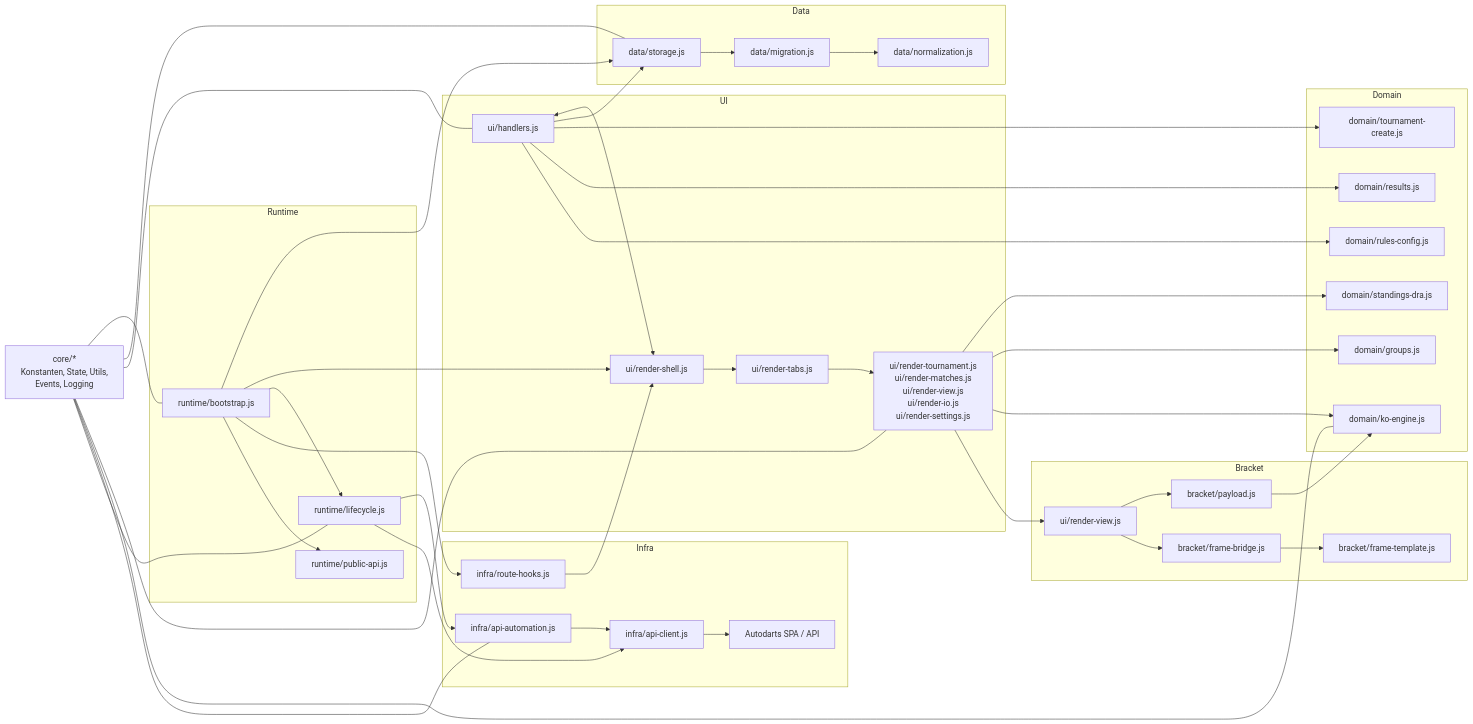
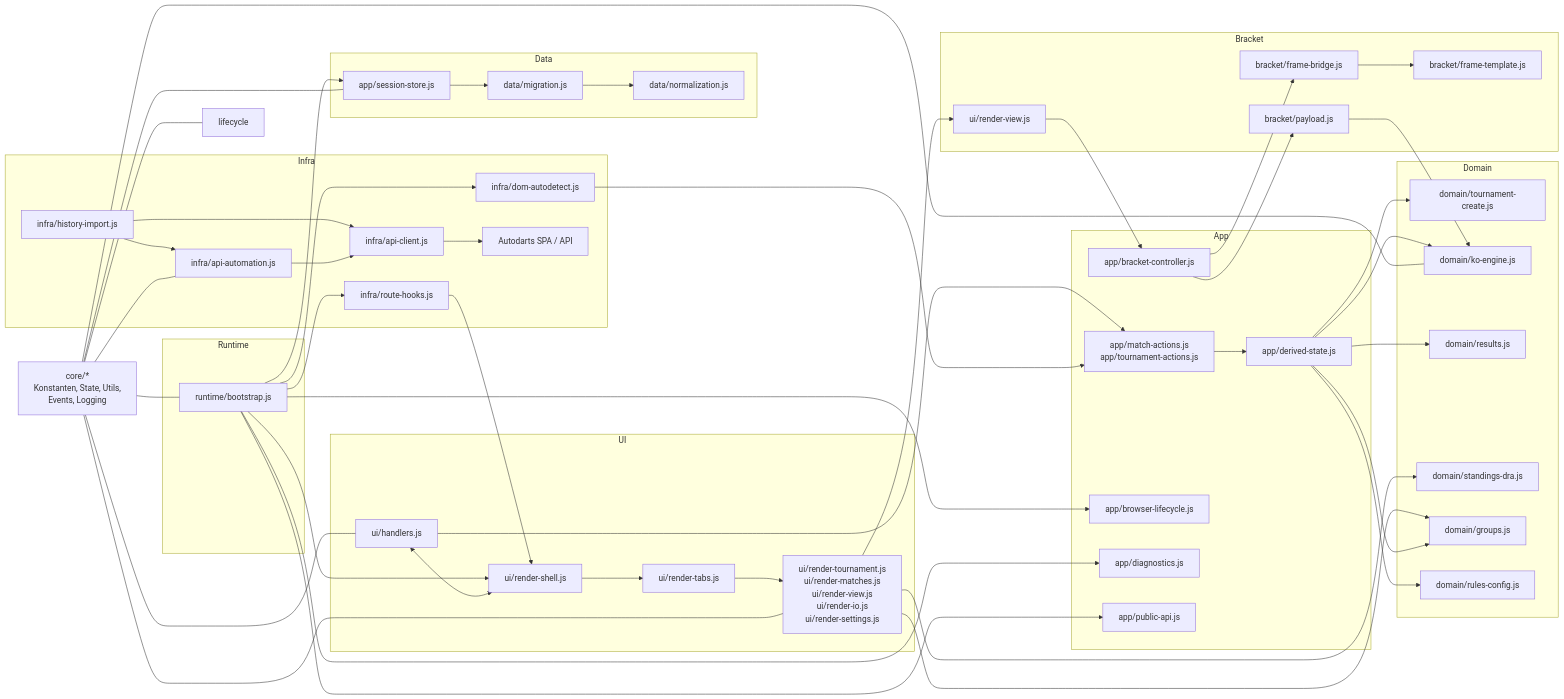
One commit to thomasasen/autodarts_local_tournament changed the second of 2 diagrams in docs/codebase-map.md. Above: the diagram before and after it, drawn with Mermaid. The commit also changed other lines of this file and 47 other files, not shown here.

```diff
--- a/docs/codebase-map.md
+++ b/docs/codebase-map.md
@@ -166,16 +197,23 @@
 flowchart LR
   core["core/*<br/>Konstanten, State, Utils,<br/>Events, Logging"]
 
+  subgraph Data
+    storage["app/session-store.js"]
+    migration["data/migration.js"]
+    normalization["data/normalization.js"]
+  end
+
+  subgraph App
+    derived["app/derived-state.js"]
+    actions["app/match-actions.js<br/>app/tournament-actions.js"]
+    bracketctl["app/bracket-controller.js"]
+    browser["app/browser-lifecycle.js"]
+    diag["app/diagnostics.js"]
+    publicapi["app/public-api.js"]
+  end
+
   subgraph Runtime
     bootstrap["runtime/bootstrap.js"]
-    lifecycle["runtime/lifecycle.js"]
-    publicapi["runtime/public-api.js"]
-  end
-
-  subgraph Data
-    storage["data/storage.js"]
-    migration["data/migration.js"]
-    normalization["data/normalization.js"]
   end
 
   subgraph UI
@@ -196,6 +234,8 @@
 
   subgraph Infra
     routes["infra/route-hooks.js"]
+    autodetect["infra/dom-autodetect.js"]
+    history["infra/history-import.js"]
     client["infra/api-client.js"]
     automation["infra/api-automation.js"]
     autodarts["Autodarts SPA / API"]
@@ -212,30 +252,36 @@
   storage --> migration
   migration --> normalization
   bootstrap --> shell
-  bootstrap --> lifecycle
   bootstrap --> routes
+  bootstrap --> browser
+  bootstrap --> autodetect
   bootstrap --> publicapi
+  bootstrap --> diag
 
   shell --> tabs
   tabs --> renderers
   handlers <--> shell
-  handlers --> storage
-  handlers --> create
-  handlers --> results
-  handlers --> rules
+  handlers --> actions
   renderers --> standings
   renderers --> groups
-  renderers --> ko
   renderers --> view
 
-  view --> payload
-  view --> bridge
+  actions --> derived
+  derived --> results
+  derived --> rules
+  derived --> ko
+  derived --> groups
+  derived --> create
+  view --> bracketctl
+  bracketctl --> payload
+  bracketctl --> bridge
   payload --> ko
   bridge --> frame
 
-  lifecycle --> automation
-  lifecycle --> client
+  history --> automation
+  history --> client
   routes --> shell
+  autodetect --> actions
   automation --> client
   client --> autodarts
 
```
